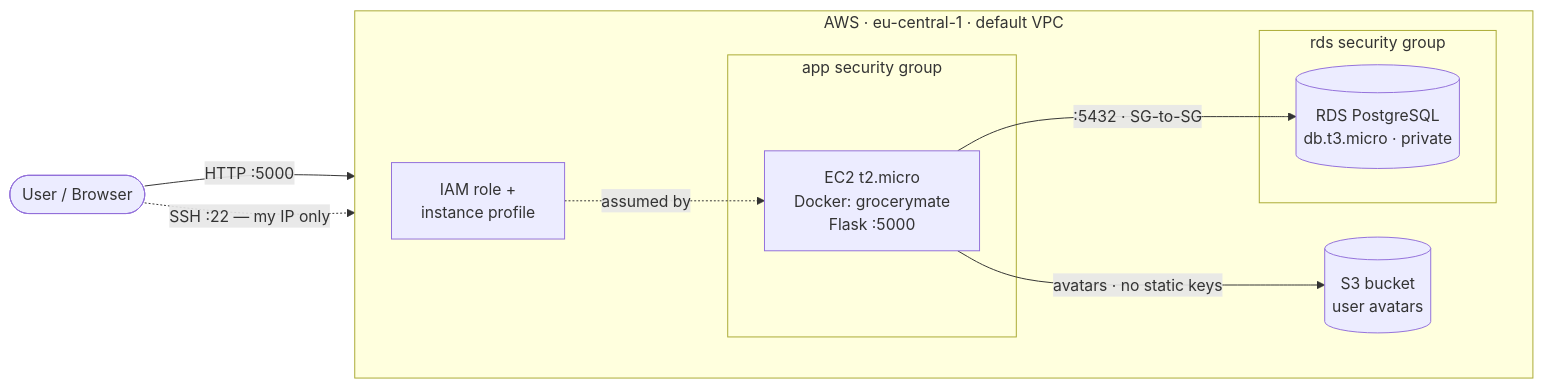
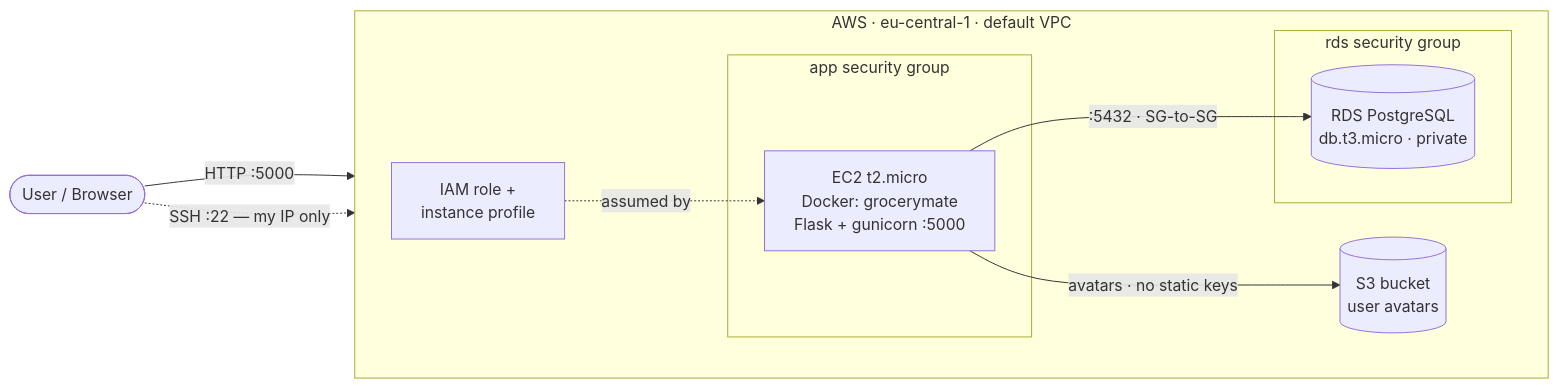
Before and after one commit to cluebbers/AWS_grocery: the diagram in README.md, drawn with Mermaid. The commit also changed other lines of this file, not shown here.

Commit message:
added dockerfile update

````diff
--- a/README.md
+++ b/README.md
@@ -13,22 +13,22 @@
 ```mermaid
 graph LR
   User(["User / Browser"])
 
   subgraph AWS["AWS · eu-central-1 · default VPC"]
     direction LR
     subgraph appSG["app security group"]
-      EC2["EC2 t2.micro<br/>Docker: grocerymate<br/>Flask :5000"]
+      EC2["EC2 t2.micro<br/>Docker: grocerymate<br/>Flask + gunicorn :5000"]
     end
     subgraph rdsSG["rds security group"]
       RDS[("RDS PostgreSQL<br/>db.t3.micro · private")]
     end
     S3[("S3 bucket<br/>user avatars")]
     IAM["IAM role +<br/>instance profile"]
   end
 
   User -->|"HTTP :5000"| EC2
   User -.->|"SSH :22 — my IP only"| EC2
   EC2 -->|":5432 · SG-to-SG"| RDS
   EC2 -->|"avatars · no static keys"| S3
   IAM -.->|"assumed by"| EC2
 ```
````
